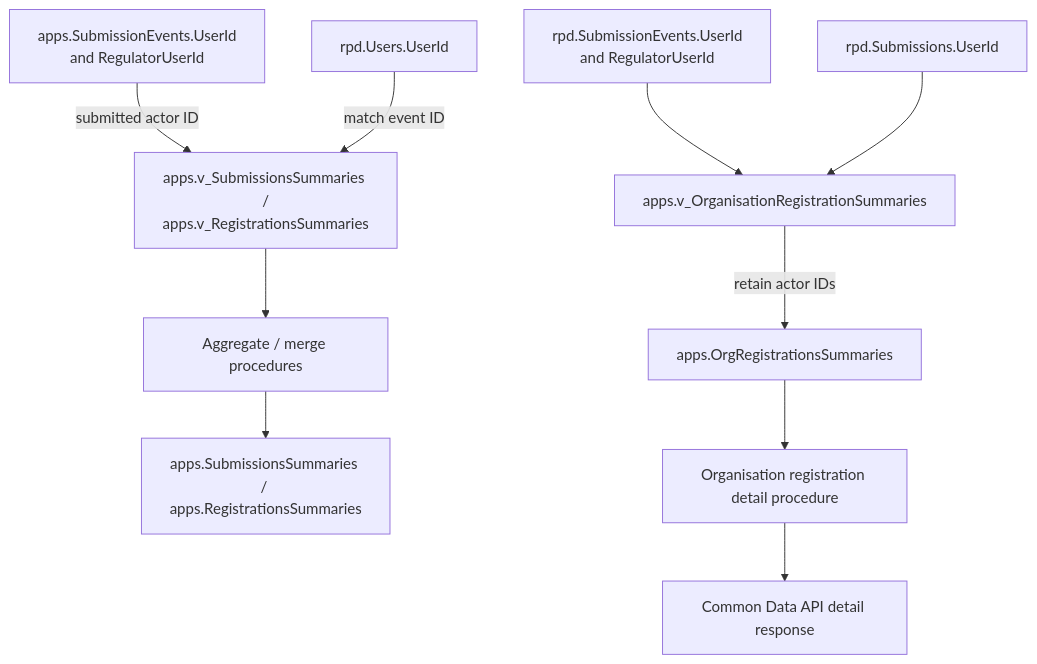
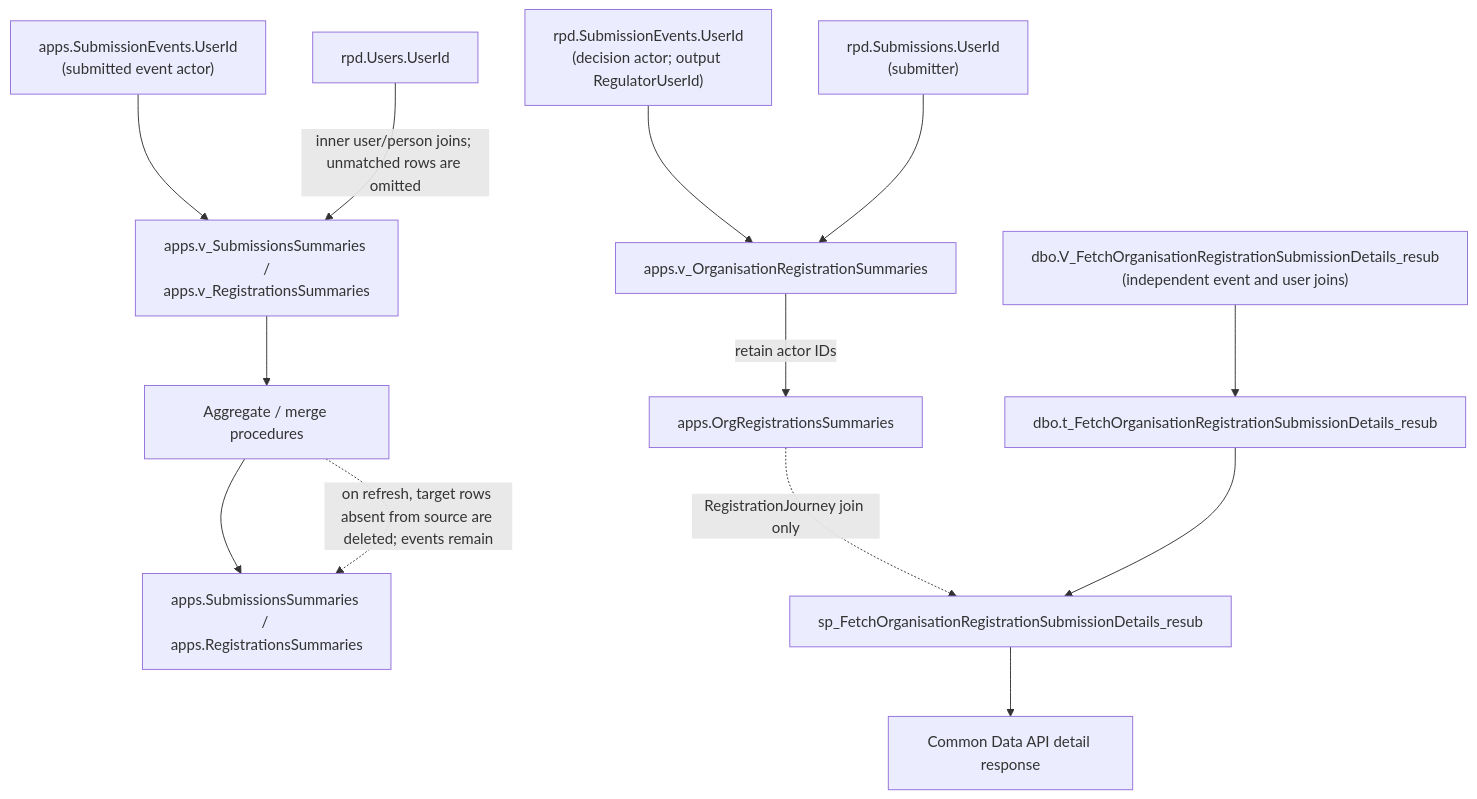
Before and after one commit to DEFRA/epr-data-sqldb: the fourth of 6 diagrams in docs/identity_provider_EntraID/rpd-users-userid-entra-migration.md, drawn with Mermaid. The commit also changed other lines of this file and 2 other files, not shown here.

````diff
--- a/docs/identity_provider_EntraID/rpd-users-userid-entra-migration.md
+++ b/docs/identity_provider_EntraID/rpd-users-userid-entra-migration.md
@@ -70,13 +76,16 @@
 ```mermaid
 flowchart TB
-    AppEvents["apps.SubmissionEvents.UserId\nand RegulatorUserId"] -->|"submitted actor ID"| SummaryViews["apps.v_SubmissionsSummaries /\napps.v_RegistrationsSummaries"]
-    RpdUser["rpd.Users.UserId"] -->|"match event ID"| SummaryViews
+    AppEvents["apps.SubmissionEvents.UserId\n(submitted event actor)"] --> SummaryViews["apps.v_SubmissionsSummaries /\napps.v_RegistrationsSummaries"]
+    RpdUser["rpd.Users.UserId"] -->|"inner user/person joins; unmatched rows are omitted"| SummaryViews
     SummaryViews --> Merge["Aggregate / merge procedures"]
     Merge --> SummaryTables["apps.SubmissionsSummaries / apps.RegistrationsSummaries"]
+    Merge -. "on refresh, target rows absent from source are deleted; events remain" .-> SummaryTables
 
-    RpdEvents["rpd.SubmissionEvents.UserId\nand RegulatorUserId"] --> OrgRegView["apps.v_OrganisationRegistrationSummaries"]
-    RpdSubmissions["rpd.Submissions.UserId"] --> OrgRegView
+    RpdDecisionEvents["rpd.SubmissionEvents.UserId\n(decision actor; output RegulatorUserId)"] --> OrgRegView["apps.v_OrganisationRegistrationSummaries"]
+    RpdSubmissions["rpd.Submissions.UserId\n(submitter)"] --> OrgRegView
     OrgRegView -->|"retain actor IDs"| OrgRegTable["apps.OrgRegistrationsSummaries"]
-    OrgRegTable --> DetailProc["Organisation registration detail procedure"]
+    OrgRegTable -. "RegistrationJourney join only" .-> DetailProc["sp_FetchOrganisationRegistrationSubmissionDetails_resub"]
+    DetailView["dbo.V_FetchOrganisationRegistrationSubmissionDetails_resub\n(independent event and user joins)"] --> DetailTable["dbo.t_FetchOrganisationRegistrationSubmissionDetails_resub"]
+    DetailTable --> DetailProc
     DetailProc --> DetailAPI["Common Data API detail response"]
 ```
````
